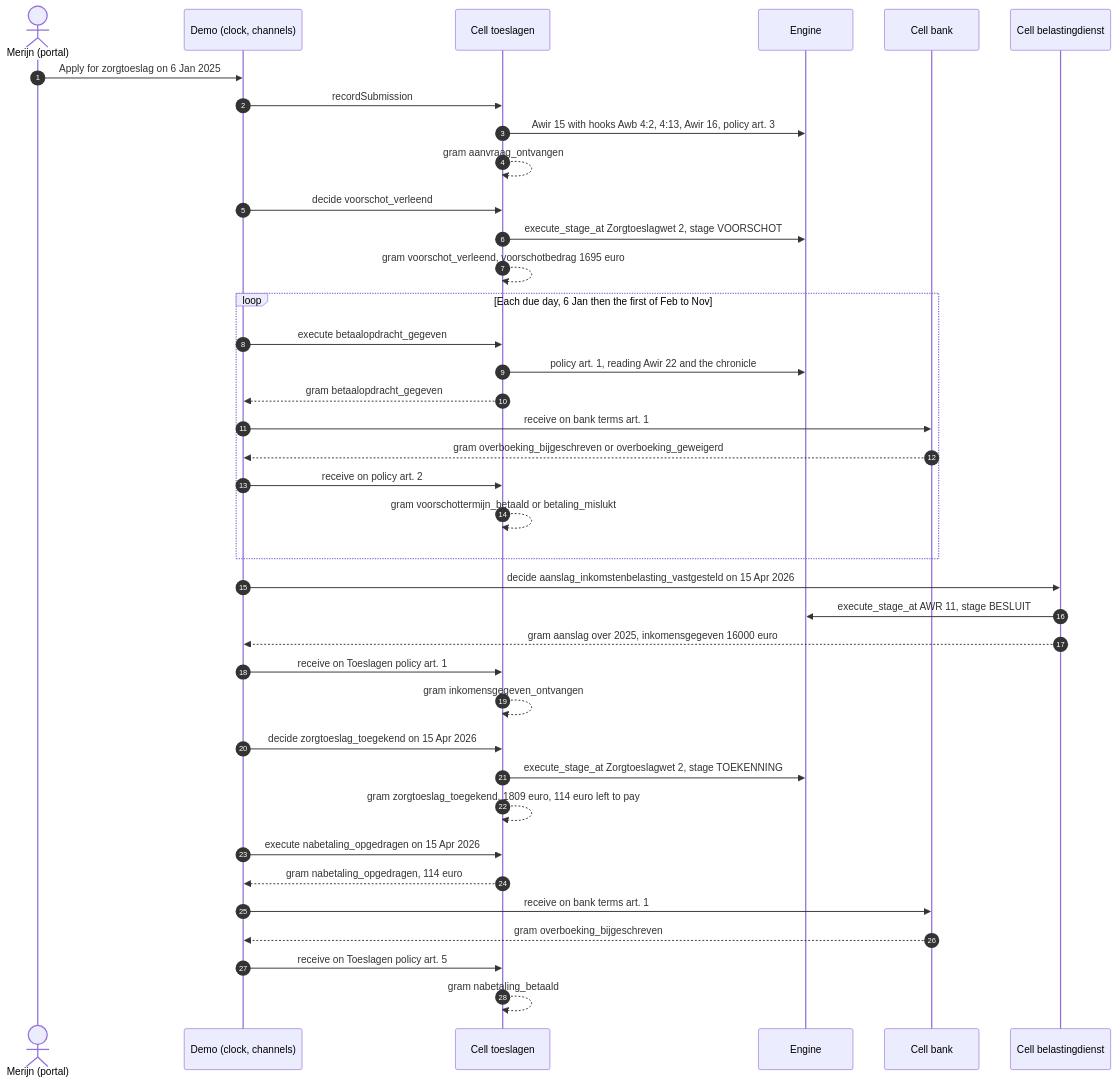
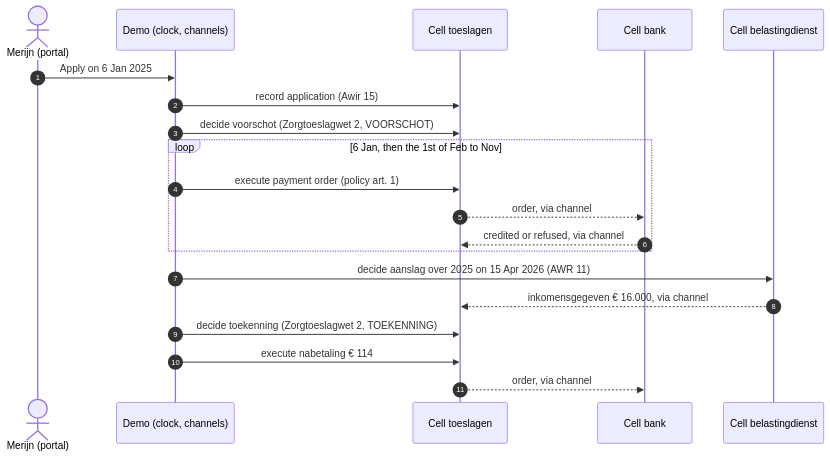
The fourth of 4 diagrams in docs/src/content/docs/components/zorgtoeslag-chronolexography.md (MinBZK/regelrecht-mvp), drawn with Mermaid before and after one commit. The commit also changed other lines of this file and 2 other files, not shown here.

First line of the commit message:
docs(zorgtoeslag): pagina's ingekort en ontdubbeld

````diff
--- a/docs/src/content/docs/components/zorgtoeslag-chronolexography.md
+++ b/docs/src/content/docs/components/zorgtoeslag-chronolexography.md
@@ -321,40 +234,22 @@
 ```mermaid
 sequenceDiagram
   autonumber
   actor M as Merijn (portal)
   participant D as Demo (clock, channels)
   participant T as Cell toeslagen
-  participant E as Engine
   participant B as Cell bank
   participant I as Cell belastingdienst
-  M->>D: Apply for zorgtoeslag on 6 Jan 2025
-  D->>T: recordSubmission
-  T->>E: Awir 15 with hooks Awb 4:2, 4:13, Awir 16, policy art. 3
-  T-->>T: gram aanvraag_ontvangen
-  D->>T: decide voorschot_verleend
-  T->>E: execute_stage_at Zorgtoeslagwet 2, stage VOORSCHOT
-  T-->>T: gram voorschot_verleend, voorschotbedrag 1695 euro
-  loop Each due day, 6 Jan then the first of Feb to Nov
-    D->>T: execute betaalopdracht_gegeven
-    T->>E: policy art. 1, reading Awir 22 and the chronicle
-    T-->>D: gram betaalopdracht_gegeven
-    D->>B: receive on bank terms art. 1
-    B-->>D: gram overboeking_bijgeschreven or overboeking_geweigerd
-    D->>T: receive on policy art. 2
-    T-->>T: gram voorschottermijn_betaald or betaling_mislukt
+  M->>D: Apply on 6 Jan 2025
+  D->>T: record application (Awir 15)
+  D->>T: decide voorschot (Zorgtoeslagwet 2, VOORSCHOT)
+  loop 6 Jan, then the 1st of Feb to Nov
+    D->>T: execute payment order (policy art. 1)
+    T-->>B: order, via channel
+    B-->>T: credited or refused, via channel
   end
-  D->>I: decide aanslag_inkomstenbelasting_vastgesteld on 15 Apr 2026
-  I->>E: execute_stage_at AWR 11, stage BESLUIT
-  I-->>D: gram aanslag over 2025, inkomensgegeven 16000 euro
-  D->>T: receive on Toeslagen policy art. 1
-  T-->>T: gram inkomensgegeven_ontvangen
-  D->>T: decide zorgtoeslag_toegekend on 15 Apr 2026
-  T->>E: execute_stage_at Zorgtoeslagwet 2, stage TOEKENNING
-  T-->>T: gram zorgtoeslag_toegekend, 1809 euro, 114 euro left to pay
-  D->>T: execute nabetaling_opgedragen on 15 Apr 2026
-  T-->>D: gram nabetaling_opgedragen, 114 euro
-  D->>B: receive on bank terms art. 1
-  B-->>D: gram overboeking_bijgeschreven
-  D->>T: receive on Toeslagen policy art. 5
-  T-->>T: gram nabetaling_betaald
+  D->>I: decide aanslag over 2025 on 15 Apr 2026 (AWR 11)
+  I-->>T: inkomensgegeven € 16.000, via channel
+  D->>T: decide toekenning (Zorgtoeslagwet 2, TOEKENNING)
+  D->>T: execute nabetaling € 114
+  T-->>B: order, via channel
 ```
````
